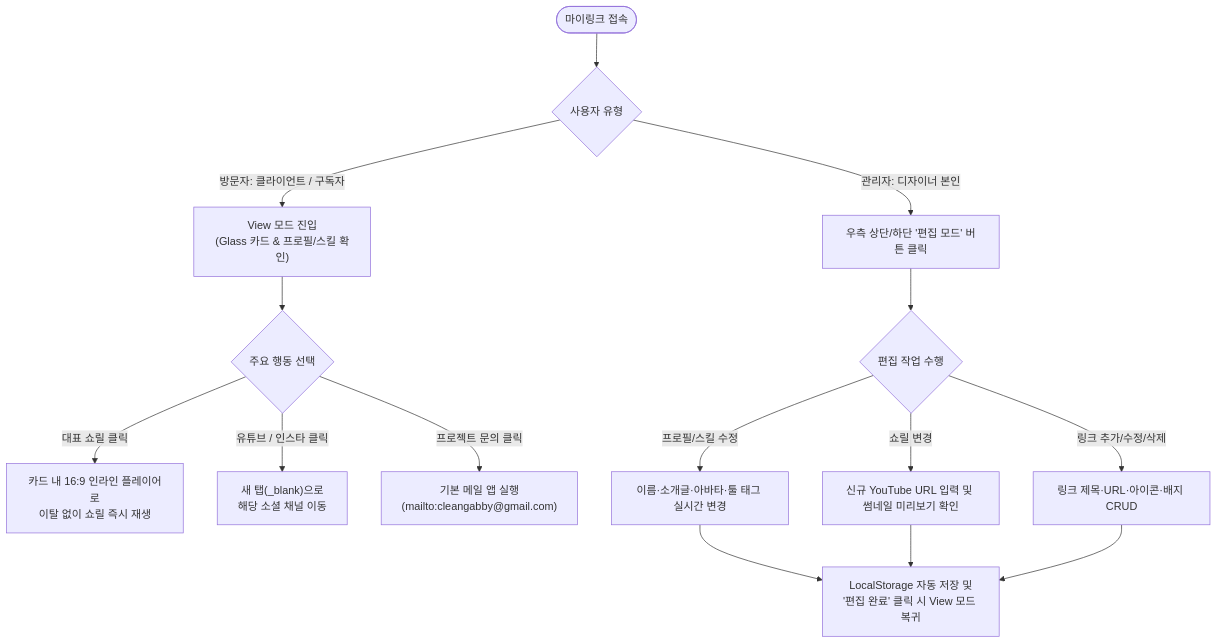
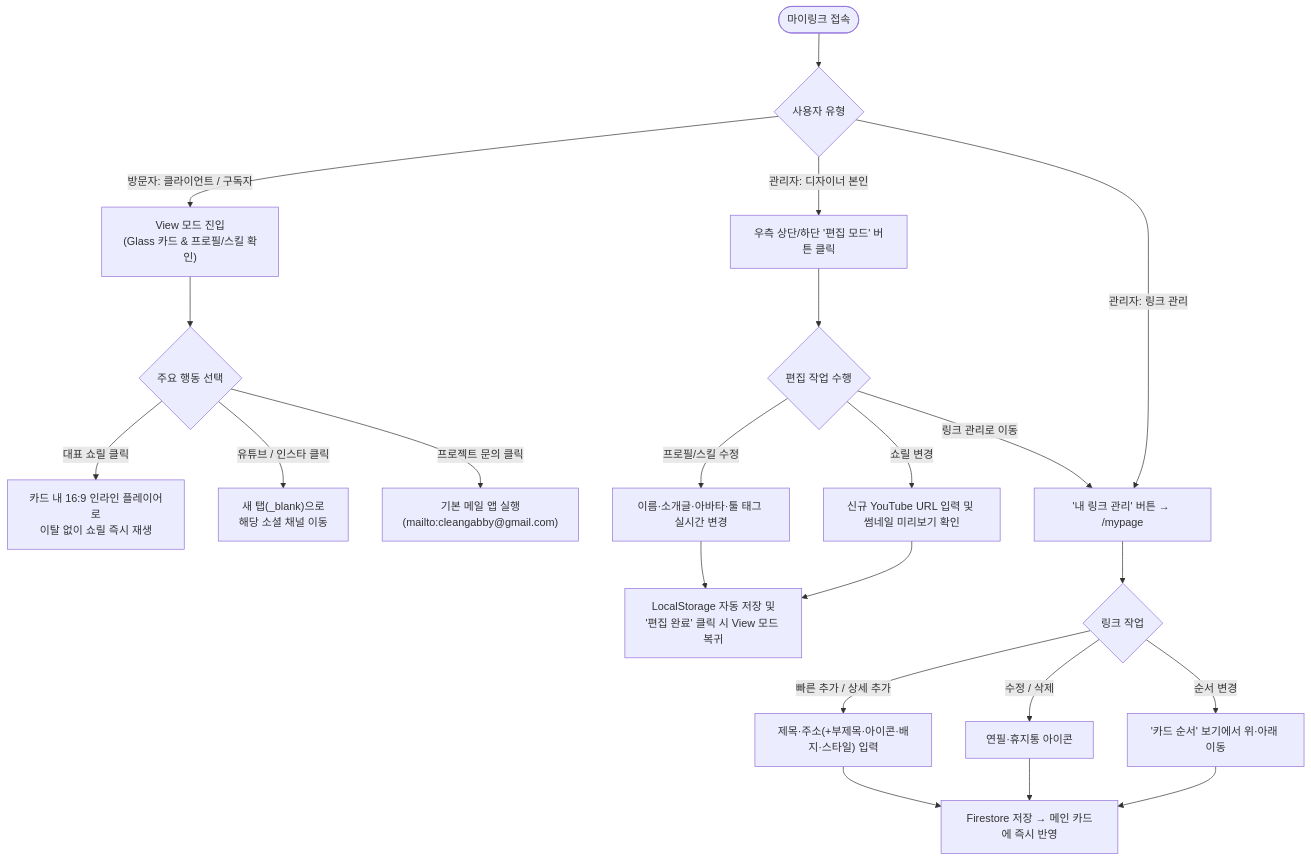
One commit to SuperSlowStarter/my-link changed the second of 2 diagrams in PRD.md. Above: the diagram before and after it, drawn with Mermaid. The commit also changed other lines of this file and 5 other files, not shown here.

````diff
--- a/PRD.md
+++ b/PRD.md
@@ -334,19 +343,25 @@
 ```mermaid
 flowchart TD
   Start(["마이링크 접속"]) --> Role{"사용자 유형"}
 
   %% 방문자 흐름
   Role -->|방문자: 클라이언트 / 구독자| View["View 모드 진입<br/>(Glass 카드 & 프로필/스킬 확인)"]
   View --> Action{"주요 행동 선택"}
   Action -->|대표 쇼릴 클릭| Play["카드 내 16:9 인라인 플레이어로<br/>이탈 없이 쇼릴 즉시 재생"]
   Action -->|유튜브 / 인스타 클릭| External["새 탭(_blank)으로<br/>해당 소셜 채널 이동"]
   Action -->|프로젝트 문의 클릭| Mail["기본 메일 앱 실행<br/>(mailto:cleangabby@gmail.com)"]
 
   %% 관리자 흐름
   Role -->|관리자: 디자이너 본인| ToggleEdit["우측 상단/하단 '편집 모드' 버튼 클릭"]
   ToggleEdit --> EditAction{"편집 작업 수행"}
   EditAction -->|프로필/스킬 수정| UpdateProfile["이름·소개글·아바타·툴 태그 실시간 변경"]
   EditAction -->|쇼릴 변경| UpdateShowreel["신규 YouTube URL 입력 및 썸네일 미리보기 확인"]
-  EditAction -->|링크 추가/수정/삭제| UpdateLinks["링크 제목·URL·아이콘·배지 CRUD"]
-  UpdateProfile & UpdateShowreel & UpdateLinks --> Save["LocalStorage 자동 저장 및<br/>'편집 완료' 클릭 시 View 모드 복귀"]
+  UpdateProfile & UpdateShowreel --> Save["LocalStorage 자동 저장 및<br/>'편집 완료' 클릭 시 View 모드 복귀"]
+  Role -->|관리자: 링크 관리| MyPage["'내 링크 관리' 버튼 → /mypage"]
+  EditAction -->|링크 관리로 이동| MyPage
+  MyPage --> LinkAction{"링크 작업"}
+  LinkAction -->|빠른 추가 / 상세 추가| AddLink["제목·주소(+부제목·아이콘·배지·스타일) 입력"]
+  LinkAction -->|수정 / 삭제| EditLink["연필·휴지통 아이콘"]
+  LinkAction -->|순서 변경| Reorder["'카드 순서' 보기에서 위·아래 이동"]
+  AddLink & EditLink & Reorder --> Firestore["Firestore 저장 → 메인 카드에 즉시 반영"]
 ```
````
